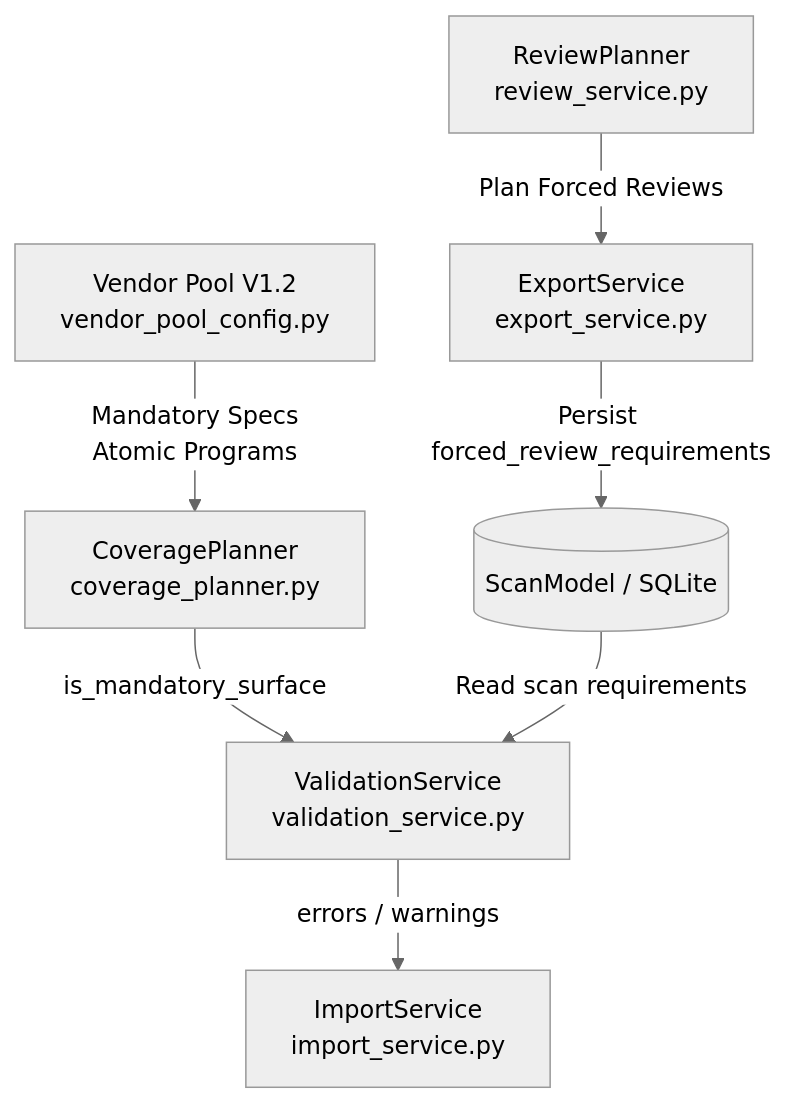
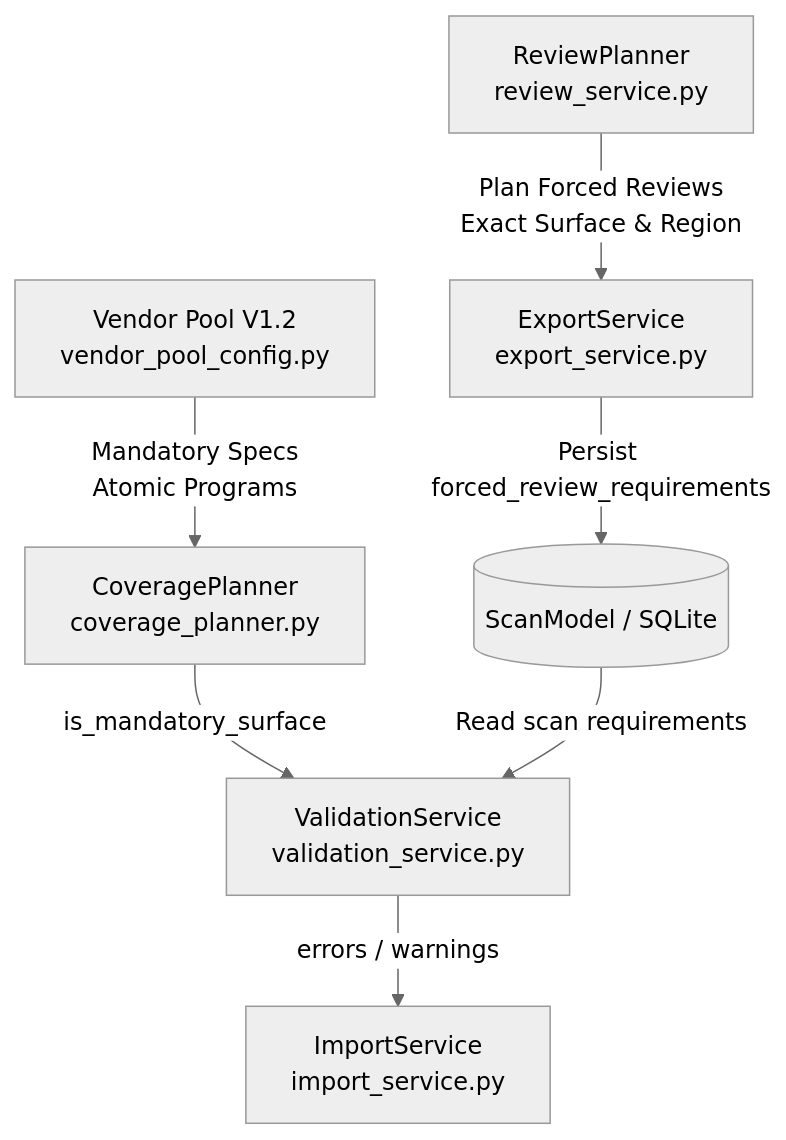
Before and after one commit to allin2/AI_Benefit_Radar: the diagram in README.md, drawn with Mermaid (neutral theme). The commit also changed other lines of this file and 4 other files, not shown here.

Commit message:
feat(vendor-pool & review): full Vendor Pool V1.2 registry, exact forced review signal resolution and 146-test suite

````diff
--- a/README.md
+++ b/README.md
@@ -109,9 +109,9 @@
 ```mermaid
 graph TD
     VP[Vendor Pool V1.2<br/>vendor_pool_config.py] -->|Mandatory Specs<br/>Atomic Programs| CP[CoveragePlanner<br/>coverage_planner.py]
     CP -->|is_mandatory_surface| VS[ValidationService<br/>validation_service.py]
-    RP[ReviewPlanner<br/>review_service.py] -->|Plan Forced Reviews| ES[ExportService<br/>export_service.py]
+    RP[ReviewPlanner<br/>review_service.py] -->|Plan Forced Reviews<br/>Exact Surface & Region| ES[ExportService<br/>export_service.py]
     ES -->|Persist forced_review_requirements| SM[(ScanModel / SQLite)]
     SM -->|Read scan requirements| VS
     VS -->|errors / warnings| IS[ImportService<br/>import_service.py]
 ```
````
